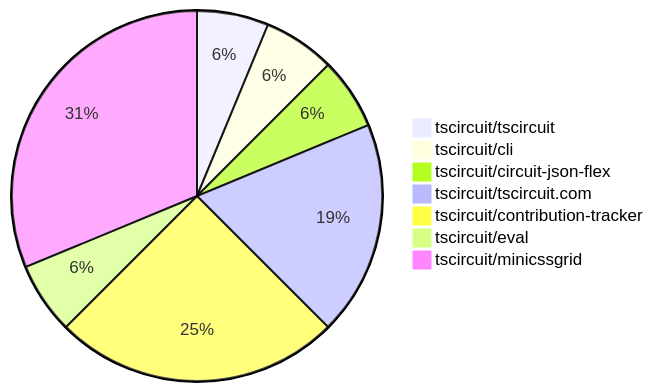
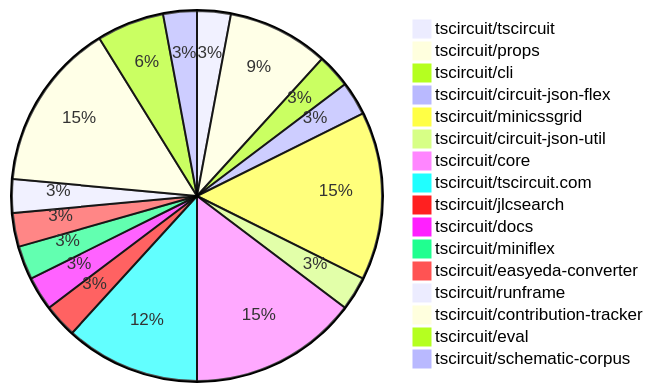
The first of 2 diagrams in contribution-overviews/2025-07-30.md (tscircuit/contribution-tracker), drawn with Mermaid before and after one commit. The commit also changed other lines of this file and 3 other files, not shown here.

````diff
--- a/contribution-overviews/2025-07-30.md
+++ b/contribution-overviews/2025-07-30.md
@@ -5,10 +5,19 @@
 ```mermaid
 pie
     "tscircuit/tscircuit" : 1
+    "tscircuit/props" : 3
     "tscircuit/cli" : 1
     "tscircuit/circuit-json-flex" : 1
-    "tscircuit/tscircuit.com" : 3
-    "tscircuit/contribution-tracker" : 4
-    "tscircuit/eval" : 1
     "tscircuit/minicssgrid" : 5
+    "tscircuit/circuit-json-util" : 1
+    "tscircuit/core" : 5
+    "tscircuit/tscircuit.com" : 4
+    "tscircuit/jlcsearch" : 1
+    "tscircuit/docs" : 1
+    "tscircuit/miniflex" : 1
+    "tscircuit/easyeda-converter" : 1
+    "tscircuit/runframe" : 1
+    "tscircuit/contribution-tracker" : 5
+    "tscircuit/eval" : 2
+    "tscircuit/schematic-corpus" : 1
 ```
````
